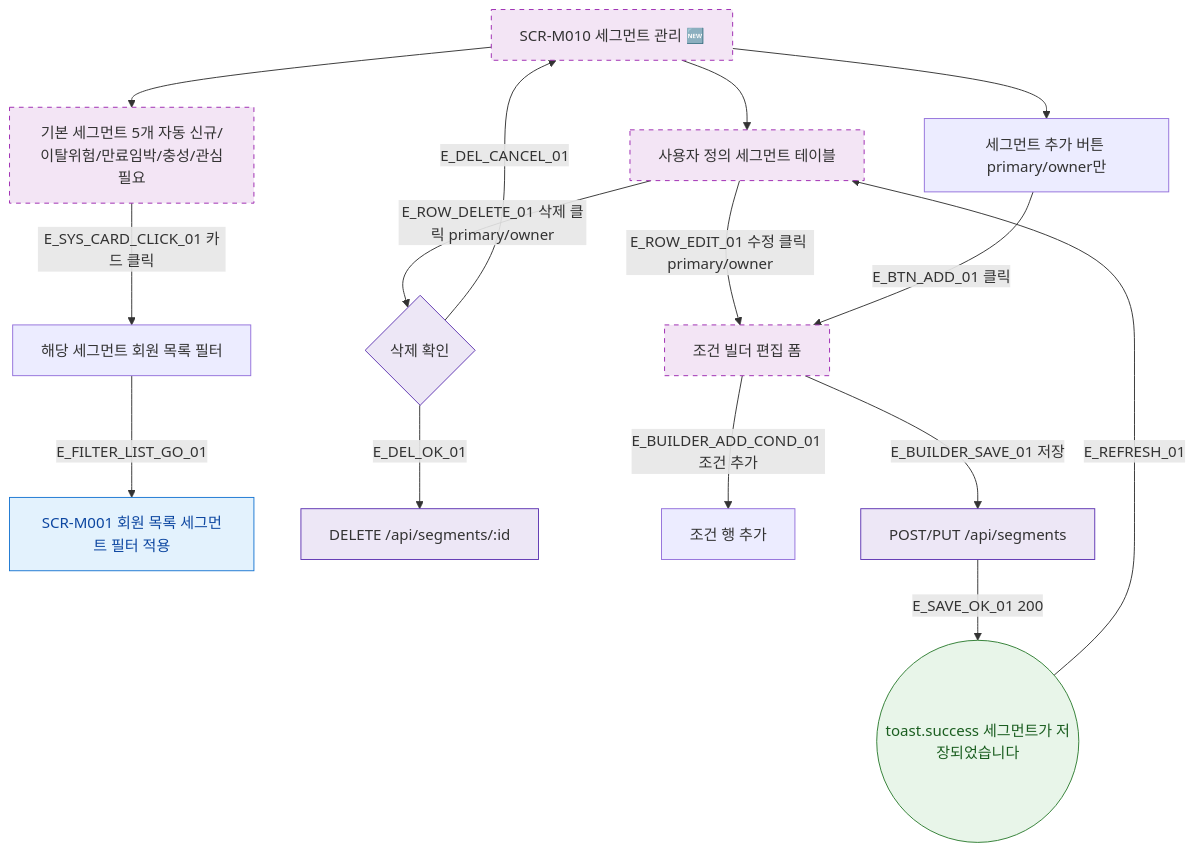
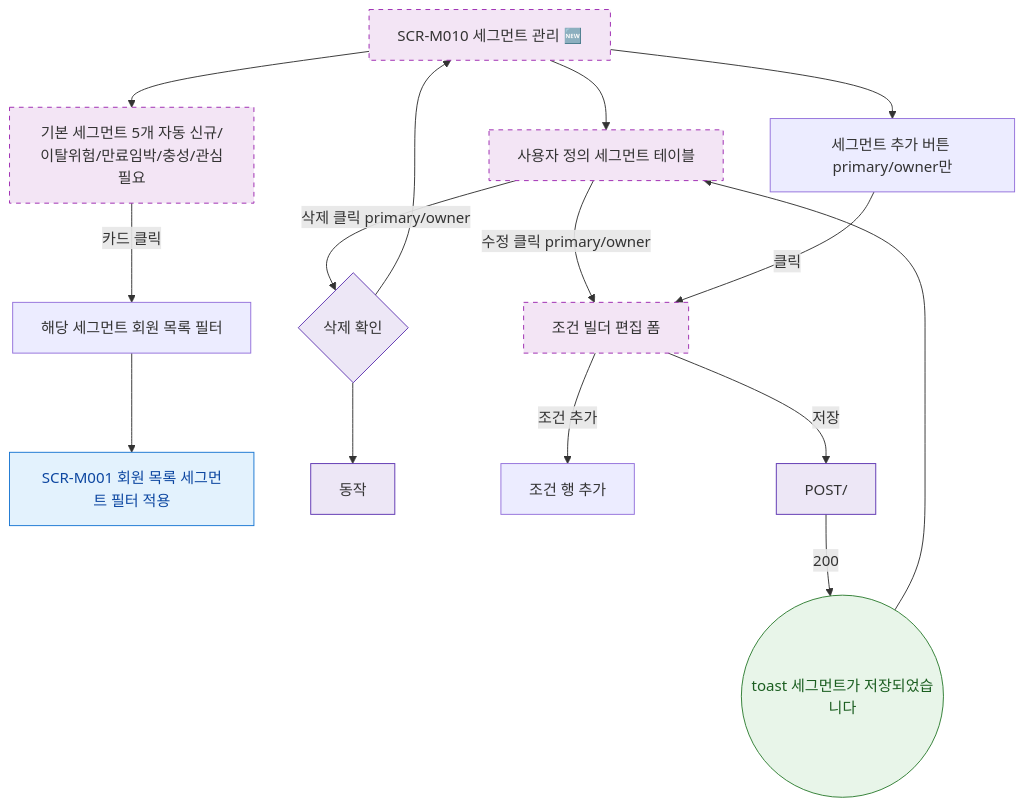
One commit to dev-spogym/admin-pando changed the diagram in docs/다이어그램/D02_회원관리/SCR-M010_세그먼트관리/F2_메인인터랙션.md. Above: the diagram before and after it, drawn with Mermaid. The commit also changed other lines of this file and 1660 other files, not shown here.

First line of the commit message:
다이어그램: 기획자/클라이언트 납품본으로 정리

````diff
--- a/docs/다이어그램/D02_회원관리/SCR-M010_세그먼트관리/F2_메인인터랙션.md
+++ b/docs/다이어그램/D02_회원관리/SCR-M010_세그먼트관리/F2_메인인터랙션.md
@@ -22,35 +20,35 @@
 ```mermaid
 flowchart TD
   SCR_M010[SCR-M010 세그먼트 관리 🆕]
 
   SCR_M010 --> SYS_SEGMENTS[기본 세그먼트 5개 자동 신규/이탈위험/만료임박/충성/관심필요]
   SCR_M010 --> USER_SEGMENTS[사용자 정의 세그먼트 테이블]
   SCR_M010 --> BTN_ADD[세그먼트 추가 버튼 primary/owner만]
 
-  SYS_SEGMENTS -->|E_SYS_CARD_CLICK_01 카드 클릭| FILTER_LIST[해당 세그먼트 회원 목록 필터]
-  FILTER_LIST -->|E_FILTER_LIST_GO_01| SCR_M001[SCR-M001 회원 목록 세그먼트 필터 적용]
+  SYS_SEGMENTS -->|카드 클릭|FILTER_LIST[해당 세그먼트 회원 목록 필터]
+  FILTER_LIST --> SCR_M001[SCR-M001 회원 목록 세그먼트 필터 적용]
 
-  USER_SEGMENTS -->|E_ROW_EDIT_01 수정 클릭 primary/owner| SEGMENT_BUILDER[조건 빌더 편집 폼]
-  USER_SEGMENTS -->|E_ROW_DELETE_01 삭제 클릭 primary/owner| CONFIRM_DEL{삭제 확인}
+  USER_SEGMENTS -->|수정 클릭 primary/owner|SEGMENT_BUILDER[조건 빌더 편집 폼]
+  USER_SEGMENTS -->|삭제 클릭 primary/owner|CONFIRM_DEL{삭제 확인}
 
-  CONFIRM_DEL -->|E_DEL_OK_01| API_DELETE[DELETE /api/segments/:id]
-  CONFIRM_DEL -->|E_DEL_CANCEL_01| SCR_M010
+  CONFIRM_DEL --> API_DELETE[동작]
+  CONFIRM_DEL --> SCR_M010
 
-  BTN_ADD -->|E_BTN_ADD_01 클릭| SEGMENT_BUILDER
+  BTN_ADD -->|클릭|SEGMENT_BUILDER
 
-  SEGMENT_BUILDER -->|E_BUILDER_ADD_COND_01 조건 추가| ADD_CONDITION[조건 행 추가]
-  SEGMENT_BUILDER -->|E_BUILDER_SAVE_01 저장| API_SAVE[POST/PUT /api/segments]
-  API_SAVE -->|E_SAVE_OK_01 200| TOAST_OK((toast.success 세그먼트가 저장되었습니다))
-  TOAST_OK -->|E_REFRESH_01| USER_SEGMENTS
+  SEGMENT_BUILDER -->|조건 추가|ADD_CONDITION[조건 행 추가]
+  SEGMENT_BUILDER -->|저장|API_SAVE[POST/]
+  API_SAVE -->|200|TOAST_OK((toast 세그먼트가 저장되었습니다))
+  TOAST_OK --> USER_SEGMENTS
 
-  classDef screen     fill:#E3F2FD,stroke:#1976D2,color:#0D47A1
+  classDef screen fill:#E3F2FD,stroke:#1976D2,color:#0D47A1
   classDef newFeature fill:#F3E5F5,stroke:#9C27B0,stroke-dasharray:5 5
-  classDef success    fill:#E8F5E9,stroke:#2E7D32,color:#1B5E20
-  classDef error      fill:#FFEBEE,stroke:#C62828,color:#B71C1C
-  classDef system     fill:#EDE7F6,stroke:#5E35B2
+  classDef success fill:#E8F5E9,stroke:#2E7D32,color:#1B5E20
+  classDef error fill:#FFEBEE,stroke:#C62828,color:#B71C1C
+  classDef system fill:#EDE7F6,stroke:#5E35B2
 
   class SCR_M001 screen
   class SCR_M010,SYS_SEGMENTS,USER_SEGMENTS,SEGMENT_BUILDER newFeature
   class TOAST_OK success
   class CONFIRM_DEL,API_DELETE,API_SAVE system
 ```
````
